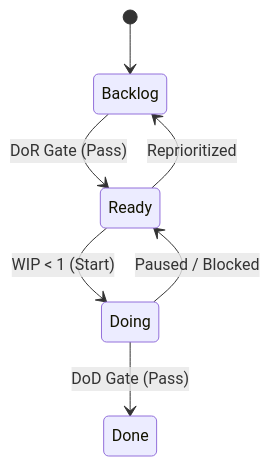
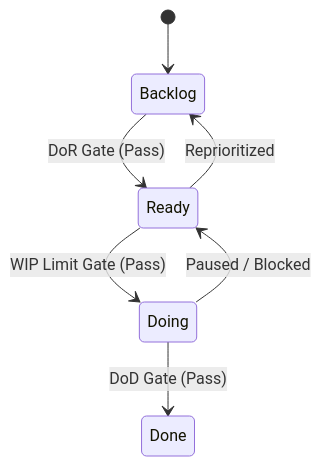
Before and after one commit to ndxbn/ndxbn.github.io: the second of 2 diagrams in task-management/index.md, drawn with Mermaid. The commit also changed other lines of this file, not shown here.

````diff
--- a/task-management/index.md
+++ b/task-management/index.md
@@ -52,11 +60,10 @@
 ```mermaid
 stateDiagram-v2
     [*] --> Backlog
     Backlog --> Ready : DoR Gate (Pass)
-    Ready --> Doing : WIP < 1 (Start)
+    Ready --> Doing : WIP Limit Gate (Pass)
     Doing --> Done : DoD Gate (Pass)
     
-    %% 差し戻しや優先度変更
     Doing --> Ready : Paused / Blocked
     Ready --> Backlog : Reprioritized
 ```
````
